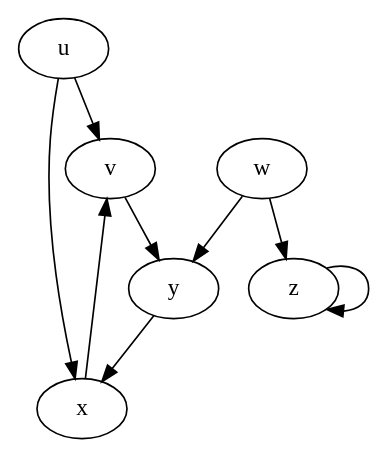
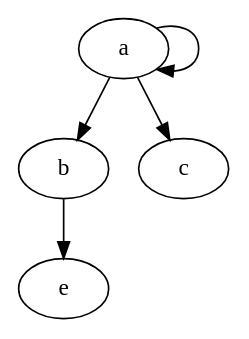
One commit to dsiu/rescript-snippets changed the diagram in src/DFS.dot. Above: the diagram before and after it, drawn with Graphviz. The commit also changed 3 other files, not shown here.

Commit message:
graph exports DOT string

```diff
--- a/src/DFS.dot
+++ b/src/DFS.dot
@@ -1,19 +1,13 @@
 digraph G {
-  v;
-  z;
-  u;
-  y;
-  w;
-  x;
+  a;
+  b;
+  e;
+  c;
 
 
-  v -> y;
-  z -> z;
-  u -> v;
-  u -> x;
-  y -> x;
-  w -> y;
-  w -> z;
-  x -> v;
+  a -> a;
+  a -> b;
+  a -> c;
+  b -> e;
 
   }
```
